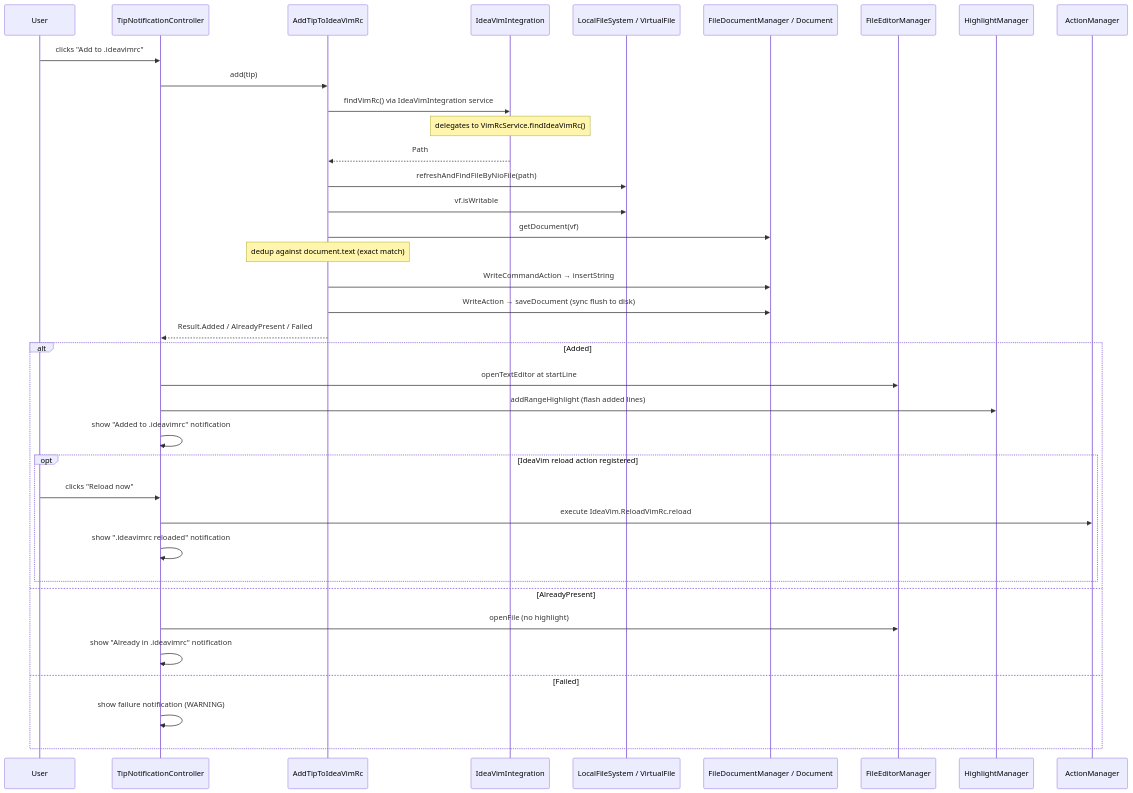
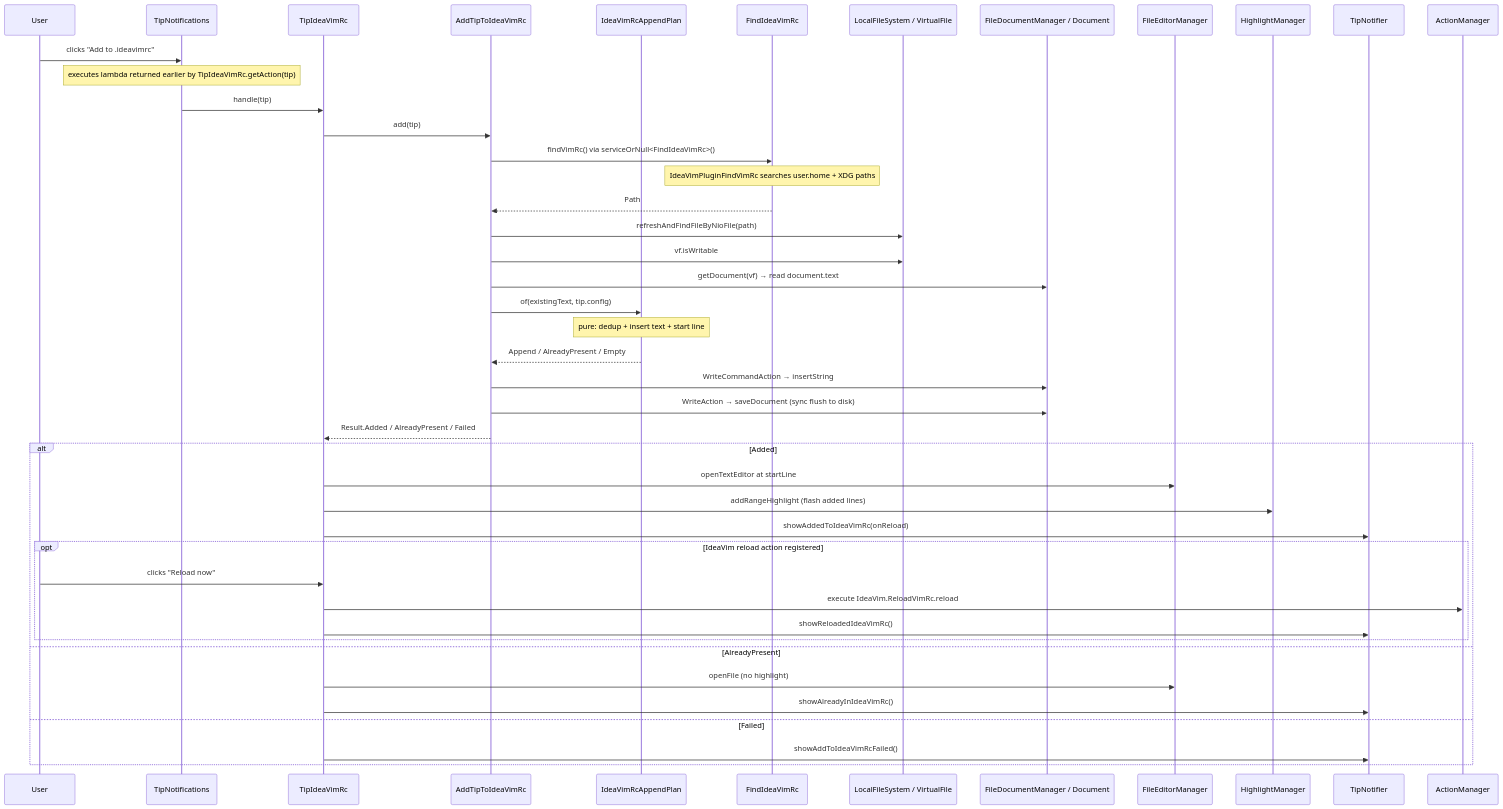
One commit to pooryam92/vim-coach changed the second of 2 diagrams in docs/features/ideavimrc-button.md. Above: the diagram before and after it, drawn with Mermaid. The commit also changed other lines of this file and 18 other files, not shown here.

````diff
--- a/docs/features/ideavimrc-button.md
+++ b/docs/features/ideavimrc-button.md
@@ -26,41 +28,48 @@
 ```mermaid
 sequenceDiagram
     participant User
-    participant CTRL as TipNotificationController
+    participant TN as TipNotifications
+    participant IV as TipIdeaVimRc
     participant ADD as AddTipToIdeaVimRc
-    participant INTEG as IdeaVimIntegration
+    participant PLAN as IdeaVimRcAppendPlan
+    participant FIND as FindIdeaVimRc
     participant VFS as LocalFileSystem / VirtualFile
     participant DOC as FileDocumentManager / Document
     participant ED as FileEditorManager
     participant HM as HighlightManager
+    participant N as TipNotifier
     participant AM as ActionManager
 
-    User->>CTRL: clicks "Add to .ideavimrc"
-    CTRL->>ADD: add(tip)
-    ADD->>INTEG: findVimRc() via IdeaVimIntegration service
-    note over INTEG: delegates to VimRcService.findIdeaVimRc()
-    INTEG-->>ADD: Path
+    User->>TN: clicks "Add to .ideavimrc"
+    note over TN: executes lambda returned earlier by TipIdeaVimRc.getAction(tip)
+    TN->>IV: handle(tip)
+    IV->>ADD: add(tip)
+    ADD->>FIND: findVimRc() via serviceOrNull<FindIdeaVimRc>()
+    note over FIND: IdeaVimPluginFindVimRc searches user.home + XDG paths
+    FIND-->>ADD: Path
     ADD->>VFS: refreshAndFindFileByNioFile(path)
     ADD->>VFS: vf.isWritable
-    ADD->>DOC: getDocument(vf)
-    note over ADD: dedup against document.text (exact match)
+    ADD->>DOC: getDocument(vf) → read document.text
+    ADD->>PLAN: of(existingText, tip.config)
+    note over PLAN: pure: dedup + insert text + start line
+    PLAN-->>ADD: Append / AlreadyPresent / Empty
     ADD->>DOC: WriteCommandAction → insertString
     ADD->>DOC: WriteAction → saveDocument (sync flush to disk)
-    ADD-->>CTRL: Result.Added / AlreadyPresent / Failed
+    ADD-->>IV: Result.Added / AlreadyPresent / Failed
 
     alt Added
-        CTRL->>ED: openTextEditor at startLine
-        CTRL->>HM: addRangeHighlight (flash added lines)
-        CTRL->>CTRL: show "Added to .ideavimrc" notification
+        IV->>ED: openTextEditor at startLine
+        IV->>HM: addRangeHighlight (flash added lines)
+        IV->>N: showAddedToIdeaVimRc(onReload)
         opt IdeaVim reload action registered
-            User->>CTRL: clicks "Reload now"
-            CTRL->>AM: execute IdeaVim.ReloadVimRc.reload
-            CTRL->>CTRL: show ".ideavimrc reloaded" notification
+            User->>IV: clicks "Reload now"
+            IV->>AM: execute IdeaVim.ReloadVimRc.reload
+            IV->>N: showReloadedIdeaVimRc()
         end
     else AlreadyPresent
-        CTRL->>ED: openFile (no highlight)
-        CTRL->>CTRL: show "Already in .ideavimrc" notification
+        IV->>ED: openFile (no highlight)
+        IV->>N: showAlreadyInIdeaVimRc()
     else Failed
-        CTRL->>CTRL: show failure notification (WARNING)
+        IV->>N: showAddToIdeaVimRcFailed()
     end
 ```
````
